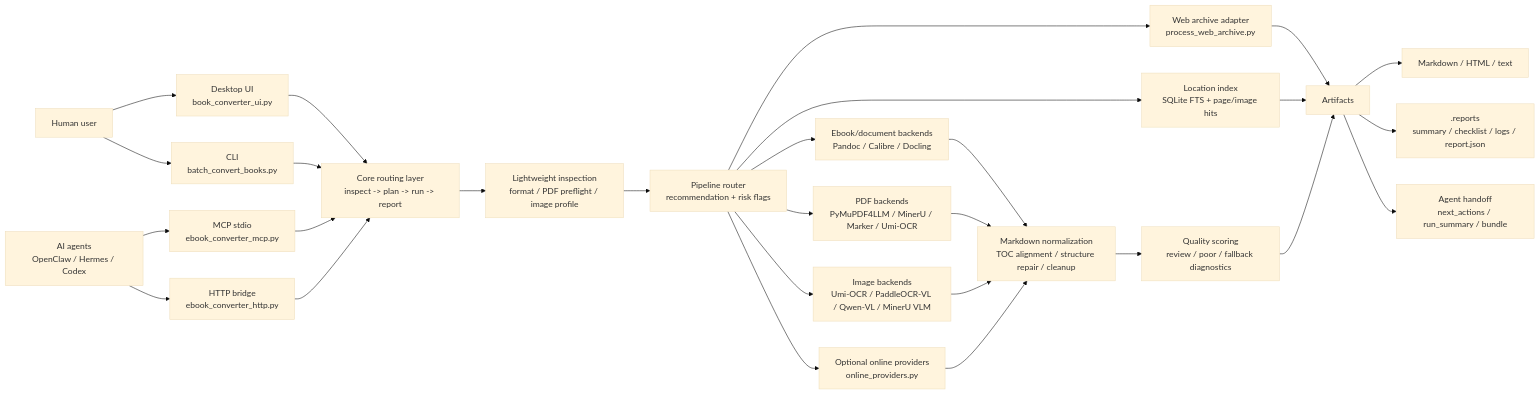
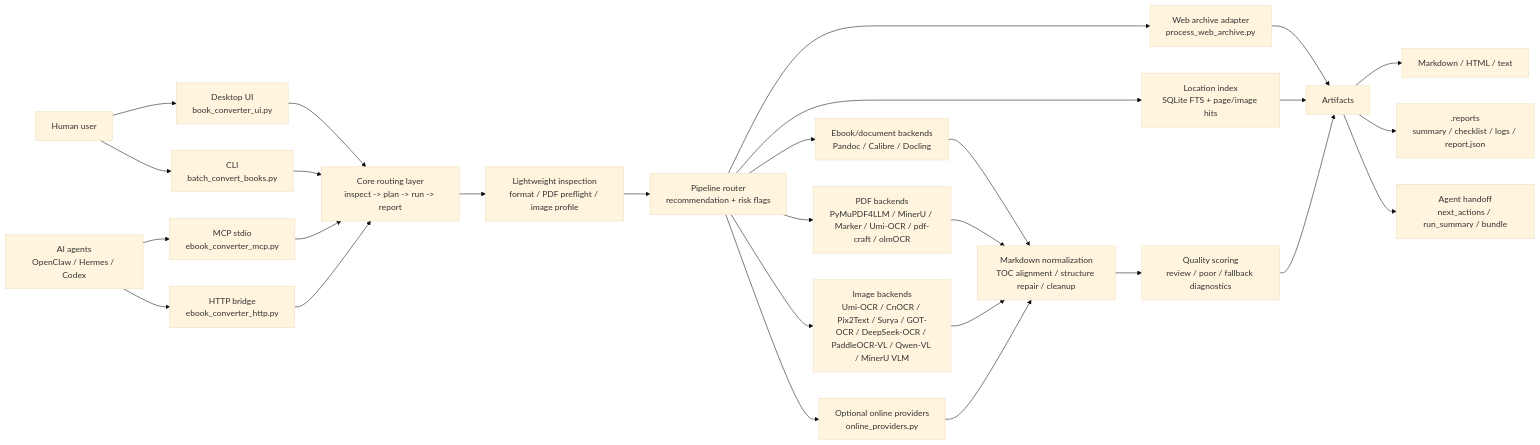
The first of 3 diagrams in docs/ARCHITECTURE.md (lightcoloror/ebook-markdown-pipeline), drawn with Mermaid (base theme) before and after one commit. The commit also changed other lines of this file and 52 other files, not shown here.

Commit message:
feat: add optional document OCR backends

````diff
--- a/docs/ARCHITECTURE.md
+++ b/docs/ARCHITECTURE.md
@@ -7,36 +7,36 @@
 ```mermaid
 flowchart LR
     user["Human user"] --> ui["Desktop UI\nbook_converter_ui.py"]
     user --> cli["CLI\nbatch_convert_books.py"]
     agent["AI agents\nOpenClaw / Hermes / Codex"] --> mcp["MCP stdio\nebook_converter_mcp.py"]
     agent --> http["HTTP bridge\nebook_converter_http.py"]
 
     ui --> core["Core routing layer\ninspect -> plan -> run -> report"]
     cli --> core
     mcp --> core
     http --> core
 
     core --> inspect["Lightweight inspection\nformat / PDF preflight / image profile"]
     inspect --> router["Pipeline router\nrecommendation + risk flags"]
 
     router --> ebook["Ebook/document backends\nPandoc / Calibre / Docling"]
-    router --> pdf["PDF backends\nPyMuPDF4LLM / MinerU / Marker / Umi-OCR"]
-    router --> image["Image backends\nUmi-OCR / PaddleOCR-VL / Qwen-VL / MinerU VLM"]
+    router --> pdf["PDF backends\nPyMuPDF4LLM / MinerU / Marker / Umi-OCR / pdf-craft / olmOCR"]
+    router --> image["Image backends\nUmi-OCR / CnOCR / Pix2Text / Surya / GOT-OCR / DeepSeek-OCR / PaddleOCR-VL / Qwen-VL / MinerU VLM"]
     router --> web["Web archive adapter\nprocess_web_archive.py"]
     router --> locator["Location index\nSQLite FTS + page/image hits"]
     router --> online["Optional online providers\nonline_providers.py"]
 
     ebook --> normalize["Markdown normalization\nTOC alignment / structure repair / cleanup"]
     pdf --> normalize
     image --> normalize
     online --> normalize
     web --> artifacts["Artifacts"]
     locator --> artifacts
 
     normalize --> quality["Quality scoring\nreview / poor / fallback diagnostics"]
     quality --> artifacts
 
     artifacts --> md["Markdown / HTML / text"]
     artifacts --> reports[".reports\nsummary / checklist / logs / report.json"]
     artifacts --> handoff["Agent handoff\nnext_actions / run_summary / bundle"]
 ```
````
